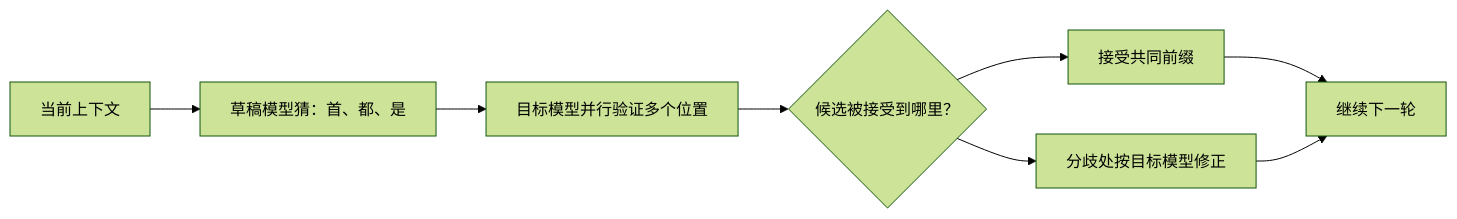
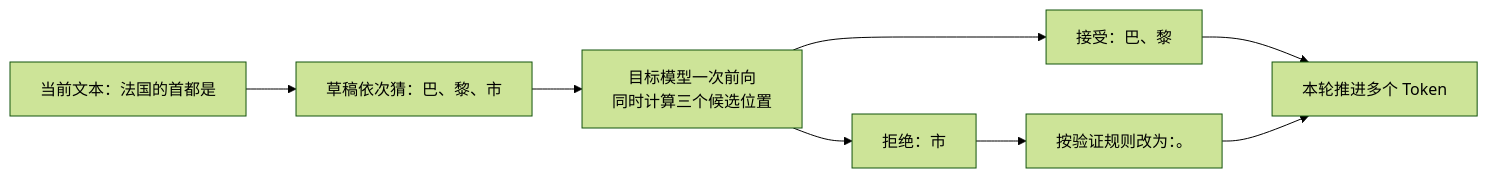
Before and after one commit to NealChristmas/LLM: the diagram in courses/02-inference/d27-speculative-decoding/README.md, drawn with Mermaid (forest theme). The commit also changed other lines of this file and 14 other files, not shown here.

````diff
--- a/courses/02-inference/d27-speculative-decoding/README.md
+++ b/courses/02-inference/d27-speculative-decoding/README.md
@@ -9,10 +9,10 @@
 ```mermaid
 flowchart LR
-    A["当前上下文"] --> B["草稿模型猜：首、都、是"]
-    B --> C["目标模型并行验证多个位置"]
-    C --> D{"候选被接受到哪里？"}
-    D --> E["接受共同前缀"]
-    D --> F["分歧处按目标模型修正"]
-    E --> G["继续下一轮"]
+    A["当前文本：法国的首都是"] --> B["草稿依次猜：巴、黎、市"]
+    B --> C["目标模型一次前向<br/>同时计算三个候选位置"]
+    C --> D["接受：巴、黎"]
+    C --> E["拒绝：市"]
+    E --> F["按验证规则改为：。"]
+    D --> G["本轮推进多个 Token"]
     F --> G
 ```
````
